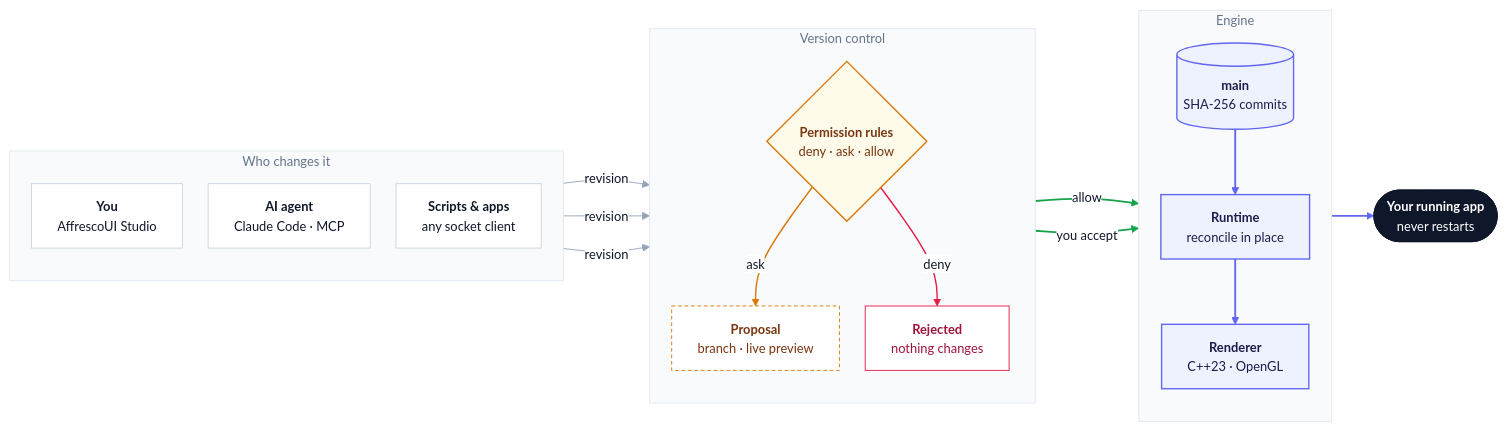
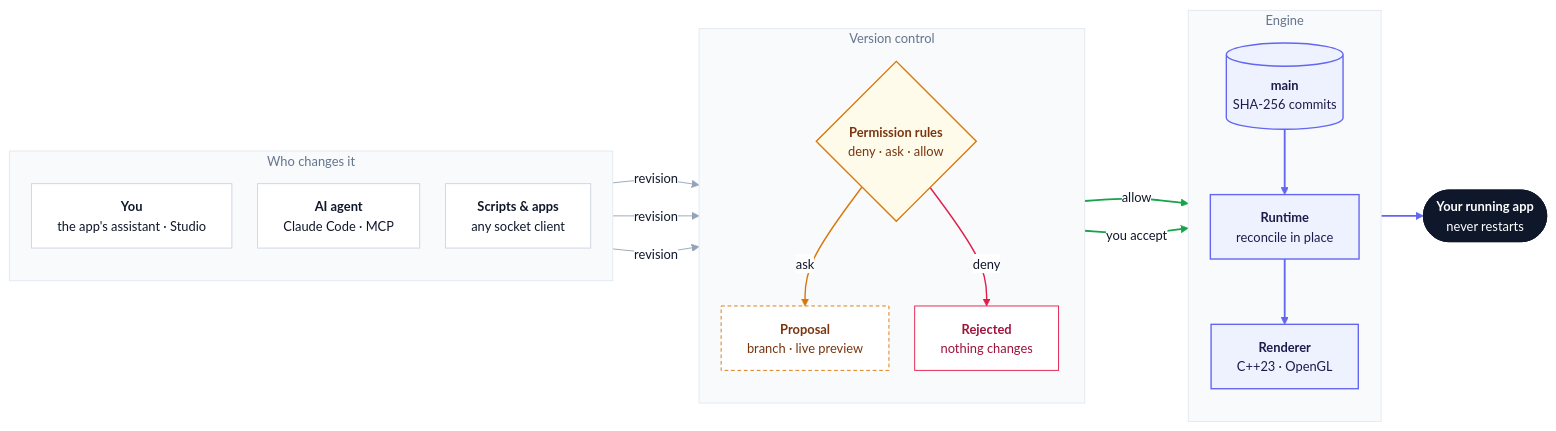
One commit to RiccardoSottini/AffrescoUI changed the third of 4 diagrams in README.md. Above: the diagram before and after it, drawn with Mermaid. The commit also changed other lines of this file and 318 other files, not shown here.

````diff
--- a/README.md
+++ b/README.md
@@ -162,55 +246,55 @@
 ```mermaid
 %%{init: {"theme": "base", "flowchart": {"curve": "basis", "nodeSpacing": 28, "rankSpacing": 46, "padding": 14}, "themeVariables": {"fontFamily": "Helvetica, Arial, sans-serif", "fontSize": "14px", "lineColor": "#94A3B8", "primaryTextColor": "#0F172A", "edgeLabelBackground": "#FFFFFF"}}}%%
 flowchart LR
     subgraph P["Who changes it"]
         direction TB
-        you["<b>You</b><br/>AffrescoUI Studio"]
+        you["<b>You</b><br/>the app's assistant · Studio"]
         ai["<b>AI agent</b><br/>Claude Code · MCP"]
         any["<b>Scripts & apps</b><br/>any socket client"]
     end
 
     subgraph V["Version control"]
         direction TB
         rules{"<b>Permission rules</b><br/>deny · ask · allow"}
         pr["<b>Proposal</b><br/>branch · live preview"]
         no["<b>Rejected</b><br/>nothing changes"]
     end
 
     subgraph E["Engine"]
         direction TB
         main[("<b>main</b><br/>SHA-256 commits")]
         rt["<b>Runtime</b><br/>reconcile in place"]
         gl["<b>Renderer</b><br/>C++23 · OpenGL"]
     end
 
     app(["<b>Your running app</b><br/>never restarts"])
 
     you & ai & any -- "revision" --> rules
     rules -- "allow" --> main
     rules -- "ask" --> pr
     rules -- "deny" --> no
     pr -- "you accept" --> main
     main --> rt --> gl --> app
 
     classDef peer fill:#FFFFFF,stroke:#CBD5E1,stroke-width:1px,color:#0F172A
     classDef gate fill:#FFFBEB,stroke:#D97706,stroke-width:1.5px,color:#78350F
     classDef wait fill:#FFFFFF,stroke:#D97706,stroke-width:1px,stroke-dasharray:4 3,color:#78350F
     classDef stop fill:#FFFFFF,stroke:#E11D48,stroke-width:1px,color:#9F1239
     classDef core fill:#EEF2FF,stroke:#6366F1,stroke-width:1.5px,color:#1E1B4B
     classDef out fill:#0F172A,stroke:#0F172A,color:#FFFFFF
     class you,ai,any peer
     class rules gate
     class pr wait
     class no stop
     class main,rt,gl core
     class app out
     style P fill:#F8FAFC,stroke:#E2E8F0,color:#64748B
     style V fill:#F8FAFC,stroke:#E2E8F0,color:#64748B
     style E fill:#F8FAFC,stroke:#E2E8F0,color:#64748B
     linkStyle 0,1,2 stroke:#94A3B8
     linkStyle 3 stroke:#16A34A,stroke-width:2px
     linkStyle 4 stroke:#D97706,stroke-width:1.5px
     linkStyle 5 stroke:#E11D48,stroke-width:1.5px
     linkStyle 6 stroke:#16A34A,stroke-width:2px
     linkStyle 7,8,9 stroke:#6366F1,stroke-width:2px
 ```
````
